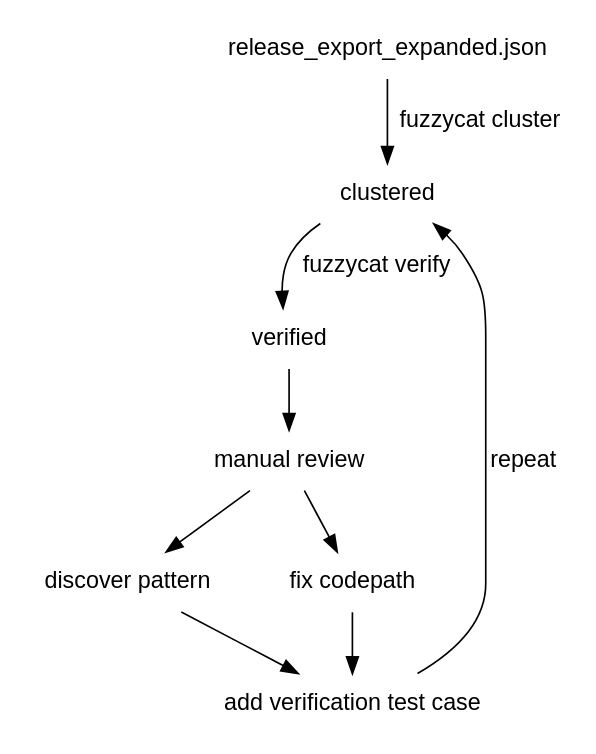
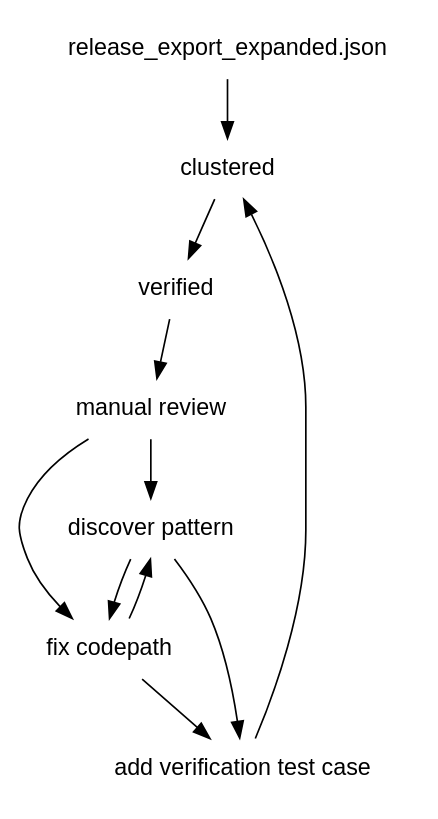
Before and after one commit to miku/fuzzycat: the diagram in notes/steps.dot, drawn with Graphviz. The commit also changed 2 other files, not shown here.

Commit message:
update diagram

```diff
--- a/notes/steps.dot
+++ b/notes/steps.dot
@@ -1,14 +1,16 @@
 digraph steps {
     node [shape=plaintext, fontname="helvetica"];
     graph [fontname = "helvetica"];
     edge [fontname = "helvetica"];
 
-    "release_export_expanded.json" -> "clustered" [label="fuzzycat cluster"];
-    "clustered" -> "verified" [label="fuzzycat verify"];
+    "release_export_expanded.json" -> "clustered";
+    "clustered" -> "verified";
     "verified" -> "manual review";
     "manual review" -> "discover pattern";
     "manual review" -> "fix codepath";
     "fix codepath" -> "add verification test case";
     "discover pattern" -> "add verification test case";
-    "add verification test case" -> "clustered" [label="repeat"];
+    "discover pattern" -> "fix codepath";
+    "fix codepath" -> "discover pattern";
+    "add verification test case" -> "clustered";
 }
```
